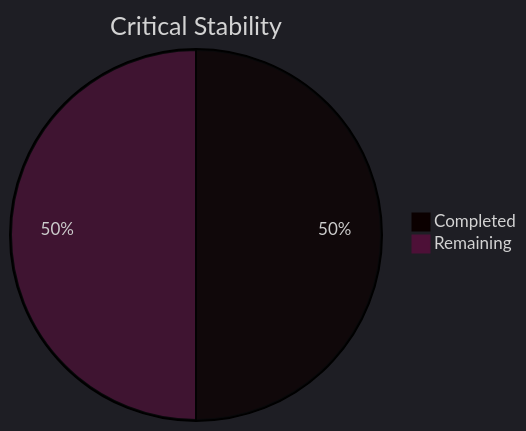
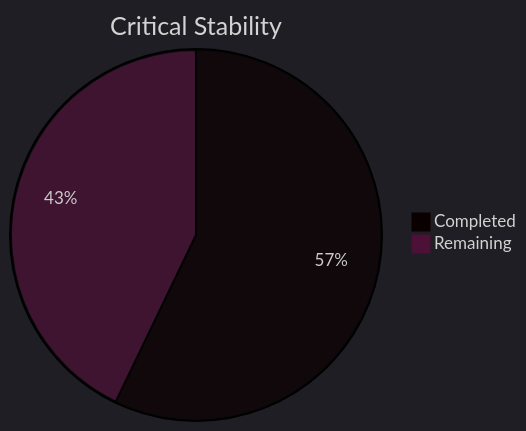
One commit to Neogleamz/SK8Lytz changed the second of 5 diagrams in tools/SK8Lytz_Bucket_List.md. Above: the diagram before and after it, drawn with Mermaid. The commit also changed other lines of this file and 3 other files, not shown here.

````diff
--- a/tools/SK8Lytz_Bucket_List.md
+++ b/tools/SK8Lytz_Bucket_List.md
@@ -22,6 +22,6 @@
 ```mermaid
 %%{init: {'theme': 'dark'}}%%
 pie title Critical Stability
   "Completed" : 4
-  "Remaining" : 4
+  "Remaining" : 3
 ```
````
